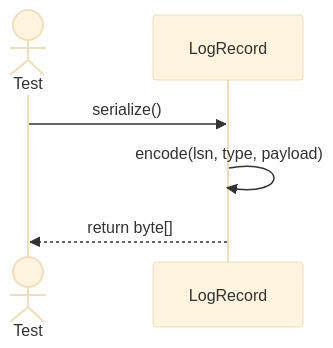
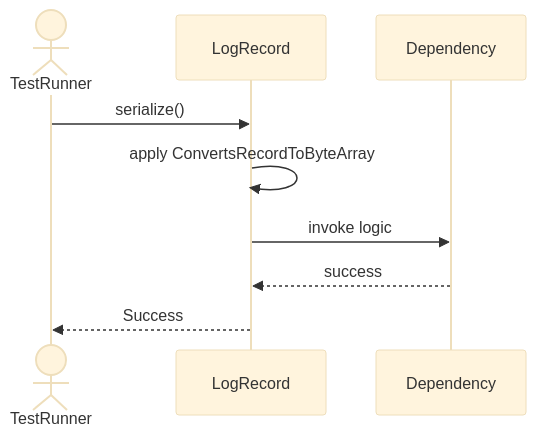
The second of 5 diagrams in Sequences/BackupDurability/LogRecord.md (TamBui1706/DBMS), drawn with Mermaid (base theme) before and after one commit. The commit also changed other lines of this file and 63 other files, not shown here.

Commit message:
Draw sequence diagram for unit tests

````diff
--- a/Sequences/BackupDurability/LogRecord.md
+++ b/Sequences/BackupDurability/LogRecord.md
@@ -26,9 +33,10 @@
 ```mermaid
 sequenceDiagram
-    actor Test
+    actor TestRunner
     participant LogRecord
-
-    Test->>LogRecord: serialize()
-    LogRecord->>LogRecord: encode(lsn, type, payload)
-    LogRecord-->>Test: return byte[]
+    TestRunner->>LogRecord: serialize()
+    LogRecord->>LogRecord: apply ConvertsRecordToByteArray
+    LogRecord->>Dependency: invoke logic
+    Dependency-->>LogRecord: success
+    LogRecord-->>TestRunner: Success
 ```
````
